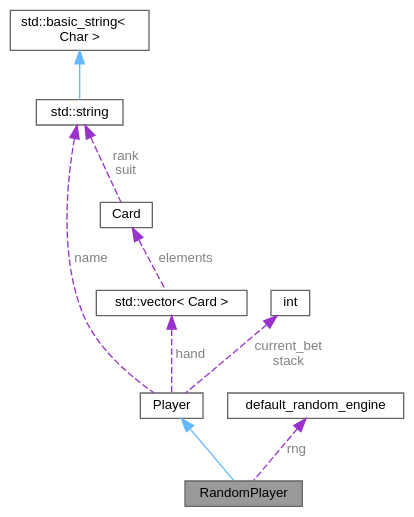
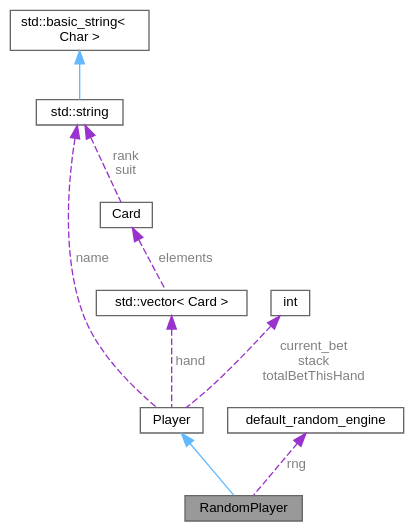
The diagram in class_random_player__coll__graph.dot (jesstyrrell/cosc345), drawn with Graphviz before and after one commit. The commit also changed 152 other files, not shown here.

```diff
--- a/class_random_player__coll__graph.dot
+++ b/class_random_player__coll__graph.dot
@@ -1,24 +1,24 @@
 digraph "RandomPlayer"
 {
  // INTERACTIVE_SVG=YES
  // LATEX_PDF_SIZE
   bgcolor="transparent";
   edge [fontname=Helvetica,fontsize=10,labelfontname=Helvetica,labelfontsize=10];
   node [fontname=Helvetica,fontsize=10,shape=box,height=0.2,width=0.4];
   Node1 [id="Node000001",label="RandomPlayer",height=0.2,width=0.4,color="gray40", fillcolor="grey60", style="filled", fontcolor="black",tooltip=" "];
   Node2 -> Node1 [id="edge1_Node000001_Node000002",dir="back",color="steelblue1",style="solid",tooltip=" "];
   Node2 [id="Node000002",label="Player",height=0.2,width=0.4,color="gray40", fillcolor="white", style="filled",URL="$class_player.html",tooltip="Represents a human player in the poker game."];
   Node3 -> Node2 [id="edge2_Node000002_Node000003",dir="back",color="darkorchid3",style="dashed",tooltip=" ",label=" name",fontcolor="grey" ];
   Node3 [id="Node000003",label="std::string",height=0.2,width=0.4,color="gray40", fillcolor="white", style="filled",tooltip=" "];
   Node4 -> Node3 [id="edge3_Node000003_Node000004",dir="back",color="steelblue1",style="solid",tooltip=" "];
   Node4 [id="Node000004",label="std::basic_string\<\l Char \>",height=0.2,width=0.4,color="gray40", fillcolor="white", style="filled",tooltip=" "];
   Node5 -> Node2 [id="edge4_Node000002_Node000005",dir="back",color="darkorchid3",style="dashed",tooltip=" ",label=" hand",fontcolor="grey" ];
   Node5 [id="Node000005",label="std::vector\< Card \>",height=0.2,width=0.4,color="gray40", fillcolor="white", style="filled",tooltip=" "];
   Node6 -> Node5 [id="edge5_Node000005_Node000006",dir="back",color="darkorchid3",style="dashed",tooltip=" ",label=" elements",fontcolor="grey" ];
   Node6 [id="Node000006",label="Card",height=0.2,width=0.4,color="gray40", fillcolor="white", style="filled",URL="$class_card.html",tooltip="Represents a single card in a deck of cards. Each card has a suit and a rank."];
   Node3 -> Node6 [id="edge6_Node000006_Node000003",dir="back",color="darkorchid3",style="dashed",tooltip=" ",label=" rank\nsuit",fontcolor="grey" ];
-  Node7 -> Node2 [id="edge7_Node000002_Node000007",dir="back",color="darkorchid3",style="dashed",tooltip=" ",label=" current_bet\nstack",fontcolor="grey" ];
+  Node7 -> Node2 [id="edge7_Node000002_Node000007",dir="back",color="darkorchid3",style="dashed",tooltip=" ",label=" current_bet\nstack\ntotalBetThisHand",fontcolor="grey" ];
   Node7 [id="Node000007",label="int",height=0.2,width=0.4,color="gray40", fillcolor="white", style="filled",tooltip=" "];
   Node8 -> Node1 [id="edge8_Node000001_Node000008",dir="back",color="darkorchid3",style="dashed",tooltip=" ",label=" rng",fontcolor="grey" ];
   Node8 [id="Node000008",label="default_random_engine",height=0.2,width=0.4,color="gray40", fillcolor="white", style="filled",tooltip=" "];
 }
```
